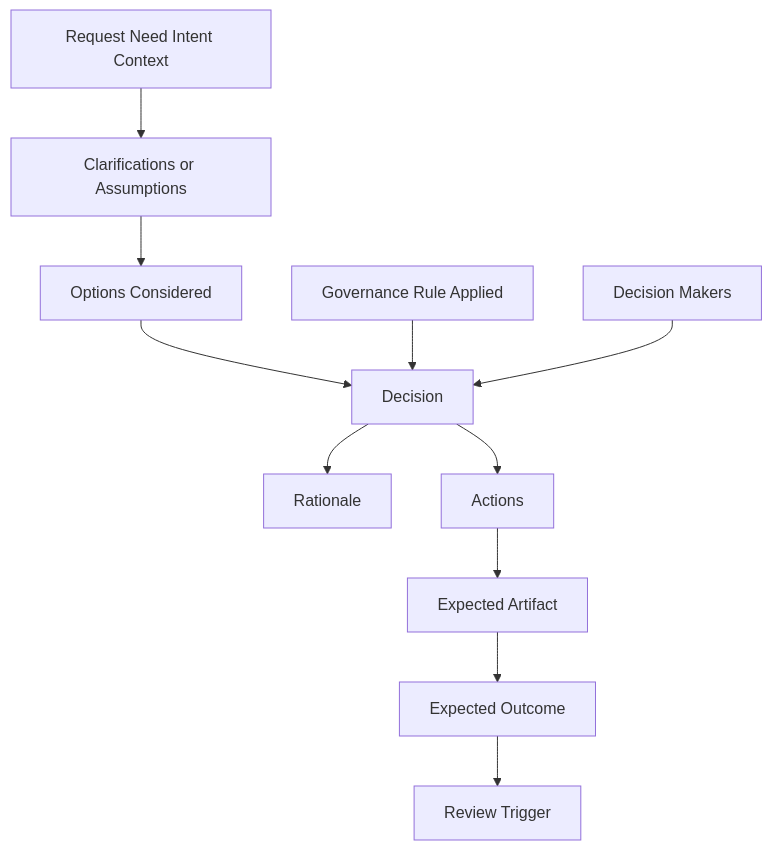
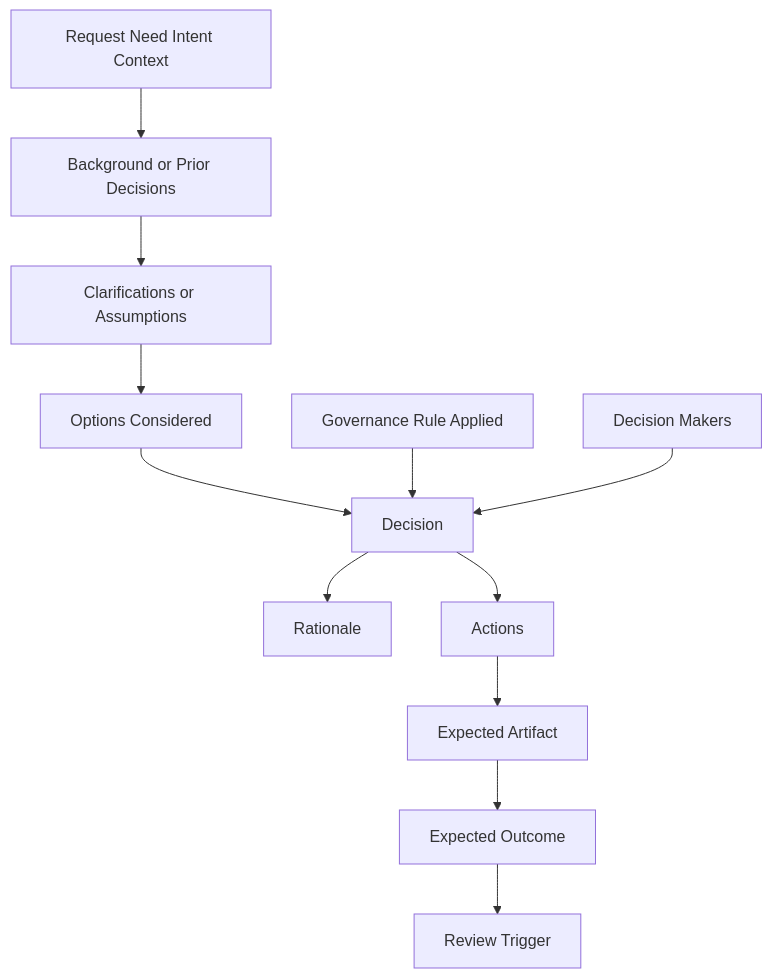
Before and after one commit to popcoondev/ai-organization-framework: the third of 4 diagrams in README.md, drawn with Mermaid. The commit also changed other lines of this file and 3 other files, not shown here.

````diff
--- a/README.md
+++ b/README.md
@@ -380,24 +383,25 @@
 ```mermaid
 flowchart TD
     input[Request Need Intent Context]
+    history[Background or Prior Decisions]
     clarify[Clarifications or Assumptions]
     options[Options Considered]
     gov[Governance Rule Applied]
     deciders[Decision Makers]
     decision[Decision]
     rationale[Rationale]
     actions[Actions]
     artifact[Expected Artifact]
     outcome[Expected Outcome]
     review[Review Trigger]
 
-    input --> clarify --> options
+    input --> history --> clarify --> options
     options --> decision
     gov --> decision
     deciders --> decision
     decision --> rationale
     decision --> actions
     actions --> artifact
     artifact --> outcome
     outcome --> review
 ```
````
